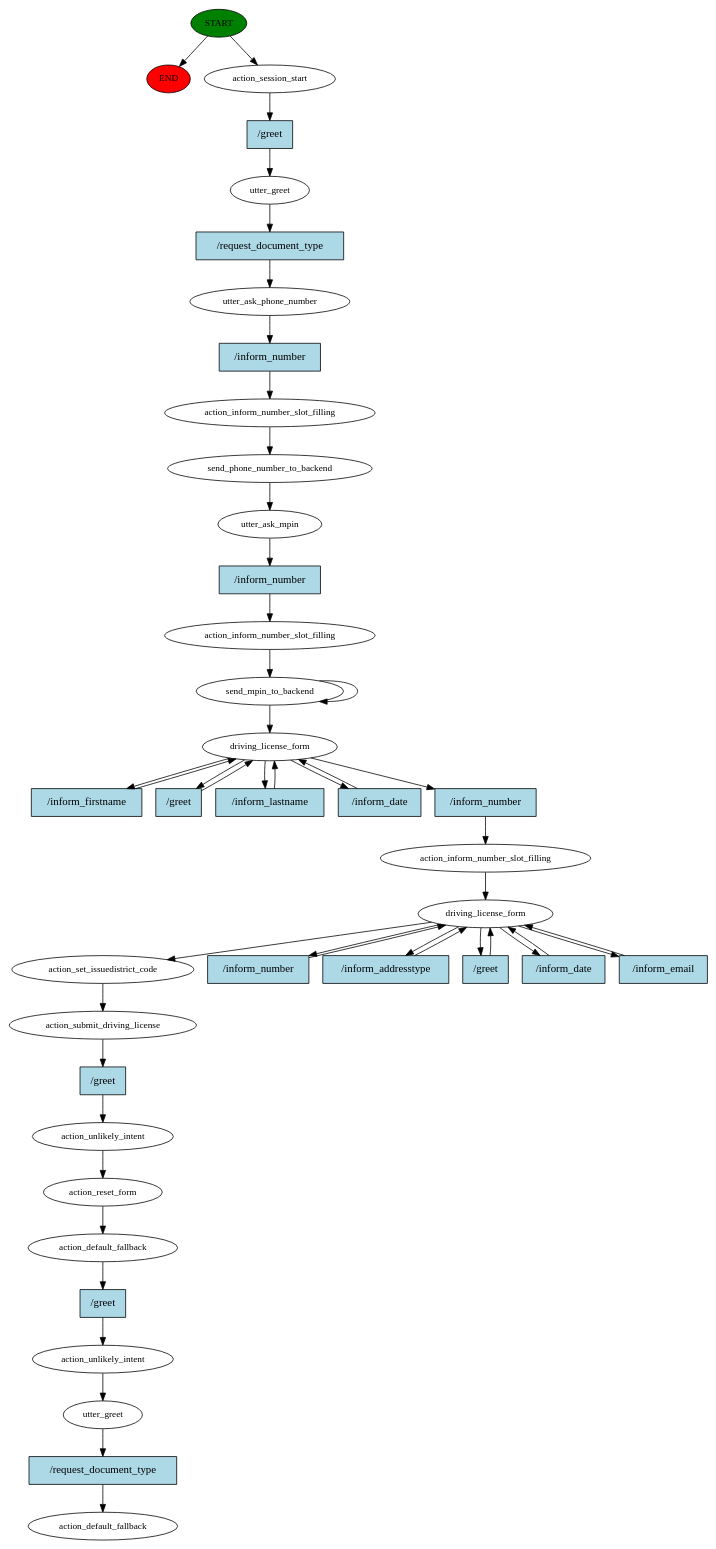
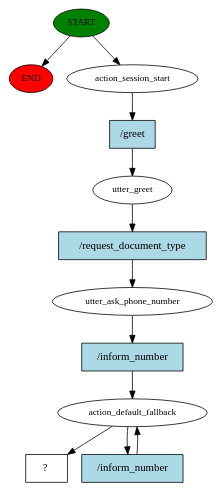
Before and after one commit to bidur7745/SmartGov_bot: the diagram in bot-server/story_graph.dot, drawn with Graphviz. The commit also changed 6 other files, not shown here.

```diff
--- a/bot-server/story_graph.dot
+++ b/bot-server/story_graph.dot
@@ -1,87 +1,24 @@
 digraph  {
 0 [class="start active", fillcolor=green, fontsize=12, label=START, style=filled];
 "-1" [class=end, fillcolor=red, fontsize=12, label=END, style=filled];
 1 [class=active, fontsize=12, label=action_session_start];
 2 [class=active, fontsize=12, label=utter_greet];
 3 [class=active, fontsize=12, label=utter_ask_phone_number];
-4 [class=active, fontsize=12, label=action_inform_number_slot_filling];
-5 [class=active, fontsize=12, label=send_phone_number_to_backend];
-6 [class=active, fontsize=12, label=utter_ask_mpin];
-7 [class=active, fontsize=12, label=action_inform_number_slot_filling];
-8 [class=active, fontsize=12, label=send_mpin_to_backend];
-10 [class=active, fontsize=12, label=driving_license_form];
-15 [class=active, fontsize=12, label=action_inform_number_slot_filling];
-16 [class=active, fontsize=12, label=driving_license_form];
-23 [class=active, fontsize=12, label=action_set_issuedistrict_code];
-24 [class=active, fontsize=12, label=action_submit_driving_license];
-25 [class=active, fontsize=12, label=action_unlikely_intent];
-26 [class=active, fontsize=12, label=action_reset_form];
-27 [class=active, fontsize=12, label=action_default_fallback];
-28 [class=active, fontsize=12, label=action_unlikely_intent];
-29 [class=active, fontsize=12, label=utter_greet];
-30 [class="dashed active", fontsize=12, label=action_default_fallback];
-31 [class="intent active", fillcolor=lightblue, label="/greet", shape=rect, style=filled];
-32 [class="intent active", fillcolor=lightblue, label="/request_document_type", shape=rect, style=filled];
-33 [class="intent active", fillcolor=lightblue, label="/inform_number", shape=rect, style=filled];
-34 [class="intent active", fillcolor=lightblue, label="/inform_number", shape=rect, style=filled];
-35 [class="intent active", fillcolor=lightblue, label="/inform_firstname", shape=rect, style=filled];
-36 [class="intent active", fillcolor=lightblue, label="/greet", shape=rect, style=filled];
-37 [class="intent active", fillcolor=lightblue, label="/inform_lastname", shape=rect, style=filled];
-38 [class="intent active", fillcolor=lightblue, label="/inform_date", shape=rect, style=filled];
-39 [class="intent active", fillcolor=lightblue, label="/inform_number", shape=rect, style=filled];
-40 [class="intent active", fillcolor=lightblue, label="/inform_number", shape=rect, style=filled];
-41 [class="intent active", fillcolor=lightblue, label="/inform_addresstype", shape=rect, style=filled];
-42 [class="intent active", fillcolor=lightblue, label="/greet", shape=rect, style=filled];
-43 [class="intent active", fillcolor=lightblue, label="/inform_date", shape=rect, style=filled];
-44 [class="intent active", fillcolor=lightblue, label="/inform_email", shape=rect, style=filled];
-45 [class="intent active", fillcolor=lightblue, label="/greet", shape=rect, style=filled];
-46 [class="intent active", fillcolor=lightblue, label="/greet", shape=rect, style=filled];
-47 [class="intent active", fillcolor=lightblue, label="/request_document_type", shape=rect, style=filled];
+4 [class=active, fontsize=12, label=action_default_fallback];
+6 [class="intent dashed active", label="  ?  ", shape=rect];
+7 [class="intent active", fillcolor=lightblue, label="/greet", shape=rect, style=filled];
+8 [class="intent active", fillcolor=lightblue, label="/request_document_type", shape=rect, style=filled];
+9 [class="intent active", fillcolor=lightblue, label="/inform_number", shape=rect, style=filled];
+10 [class="intent active", fillcolor=lightblue, label="/inform_number", shape=rect, style=filled];
 0 -> "-1"  [class="", key=NONE, label=""];
 0 -> 1  [class=active, key=NONE, label=""];
-1 -> 31  [class=active, key=0];
-2 -> 32  [class=active, key=0];
-3 -> 33  [class=active, key=0];
-4 -> 5  [class=active, key=NONE, label=""];
-5 -> 6  [class=active, key=NONE, label=""];
-6 -> 34  [class=active, key=0];
-7 -> 8  [class=active, key=NONE, label=""];
-8 -> 10  [class=active, key=NONE, label=""];
-8 -> 8  [class=active, key=NONE, label=""];
-10 -> 35  [class=active, key=0];
-10 -> 36  [class=active, key=0];
-10 -> 37  [class=active, key=0];
-10 -> 38  [class=active, key=0];
-10 -> 39  [class=active, key=0];
-15 -> 16  [class=active, key=NONE, label=""];
-16 -> 23  [class=active, key=NONE, label=""];
-16 -> 40  [class=active, key=0];
-16 -> 41  [class=active, key=0];
-16 -> 42  [class=active, key=0];
-16 -> 43  [class=active, key=0];
-16 -> 44  [class=active, key=0];
-23 -> 24  [class=active, key=NONE, label=""];
-24 -> 45  [class=active, key=0];
-25 -> 26  [class=active, key=NONE, label=""];
-26 -> 27  [class=active, key=NONE, label=""];
-27 -> 46  [class=active, key=0];
-28 -> 29  [class=active, key=NONE, label=""];
-29 -> 47  [class=active, key=0];
-31 -> 2  [class=active, key=0];
-32 -> 3  [class=active, key=0];
-33 -> 4  [class=active, key=0];
-34 -> 7  [class=active, key=0];
-35 -> 10  [class=active, key=0];
-36 -> 10  [class=active, key=0];
-37 -> 10  [class=active, key=0];
-38 -> 10  [class=active, key=0];
-39 -> 15  [class=active, key=0];
-40 -> 16  [class=active, key=0];
-41 -> 16  [class=active, key=0];
-42 -> 16  [class=active, key=0];
-43 -> 16  [class=active, key=0];
-44 -> 16  [class=active, key=0];
-45 -> 25  [class=active, key=0];
-46 -> 28  [class=active, key=0];
-47 -> 30  [class=active, key=0];
+1 -> 7  [class=active, key=0];
+2 -> 8  [class=active, key=0];
+3 -> 9  [class=active, key=0];
+4 -> 6  [class=active, key=NONE, label=""];
+4 -> 10  [class=active, key=0];
+7 -> 2  [class=active, key=0];
+8 -> 3  [class=active, key=0];
+9 -> 4  [class=active, key=0];
+10 -> 4  [class=active, key=0];
 }
```
